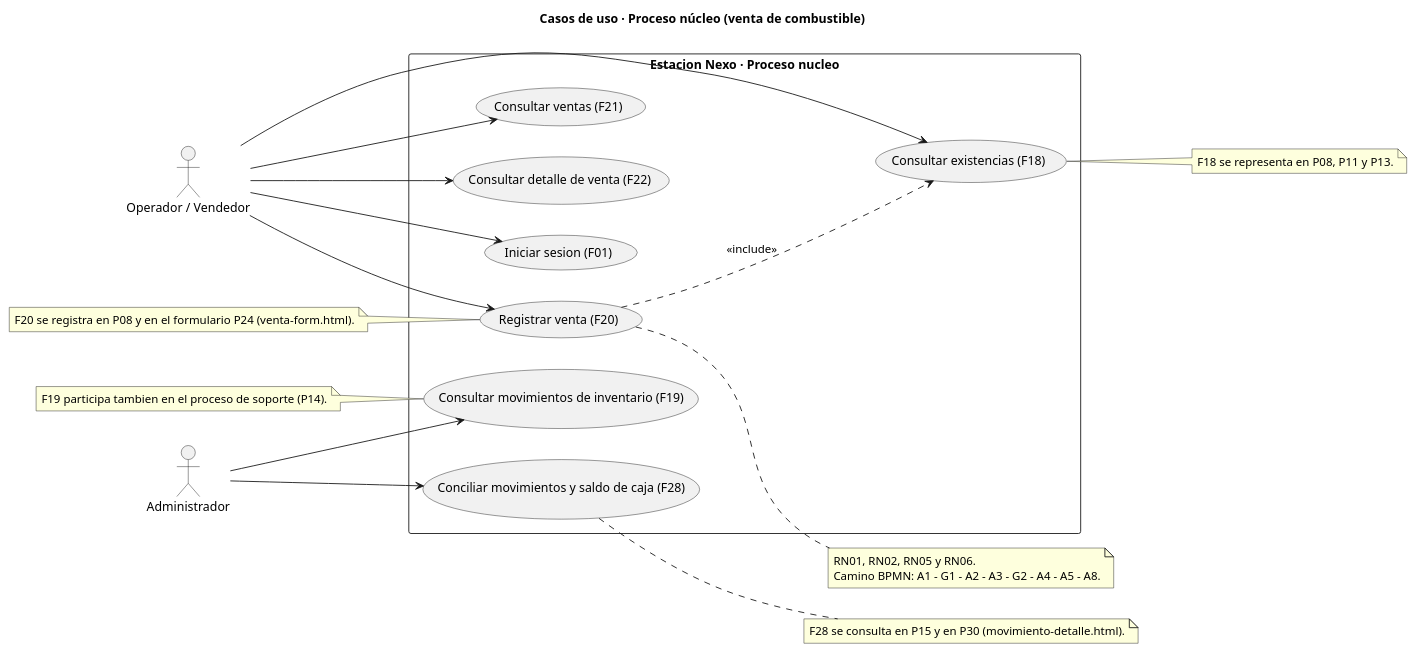
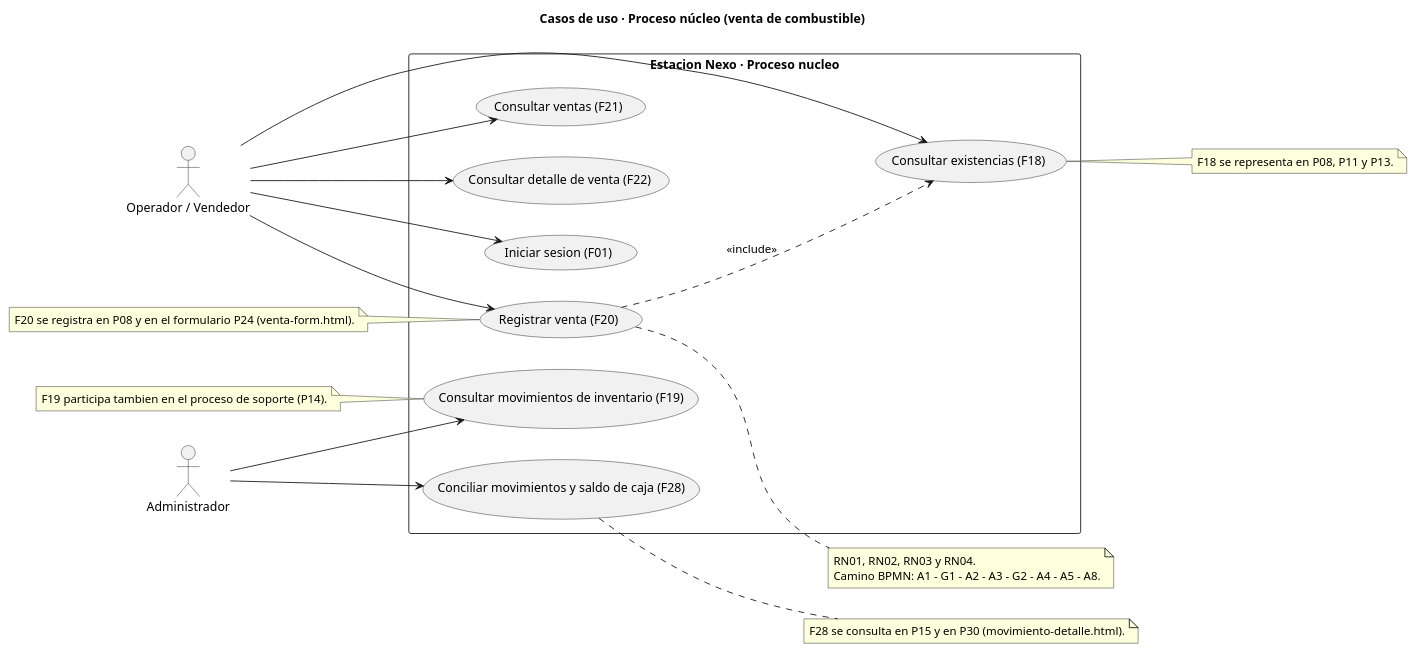
One commit to 4dr1-2529/gasolineria-ingweb changed the third of 4 diagrams in documentacion/10_productos_y_entregables.md. Above: the diagram before and after it, drawn with PlantUML. The commit also changed other lines of this file and 114 other files, not shown here.

````diff
--- a/documentacion/10_productos_y_entregables.md
+++ b/documentacion/10_productos_y_entregables.md
@@ -164,41 +164,41 @@
 ```plantuml
 @startuml
 left to right direction
 title Casos de uso · Proceso núcleo (venta de combustible)
 actor "Operador / Vendedor" as OP
 actor "Administrador" as ADM
 rectangle "Estacion Nexo · Proceso nucleo" {
   usecase "Iniciar sesion (F01)" as UC01
   usecase "Registrar venta (F20)" as UC20
   usecase "Consultar existencias (F18)" as UC18
   usecase "Consultar movimientos de inventario (F19)" as UC19
   usecase "Consultar ventas (F21)" as UC21
   usecase "Consultar detalle de venta (F22)" as UC22
   usecase "Conciliar movimientos y saldo de caja (F28)" as UC28
 }
 OP --> UC01
 OP --> UC20
 OP --> UC18
 OP --> UC21
 OP --> UC22
 ADM --> UC19
 ADM --> UC28
 UC20 ..> UC18 : <<include>>
 note right of UC20
-  RN01, RN02, RN05 y RN06.
+  RN01, RN02, RN03 y RN04.
   Camino BPMN: A1 - G1 - A2 - A3 - G2 - A4 - A5 - A8.
 end note
 note right of UC18
   F18 se representa en P08, P11 y P13.
 end note
 note left of UC19
   F19 participa tambien en el proceso de soporte (P14).
 end note
 note left of UC20
   F20 se registra en P08 y en el formulario P24 (venta-form.html).
 end note
 note right of UC28
   F28 se consulta en P15 y en P30 (movimiento-detalle.html).
 end note
 @enduml
 ```
````
